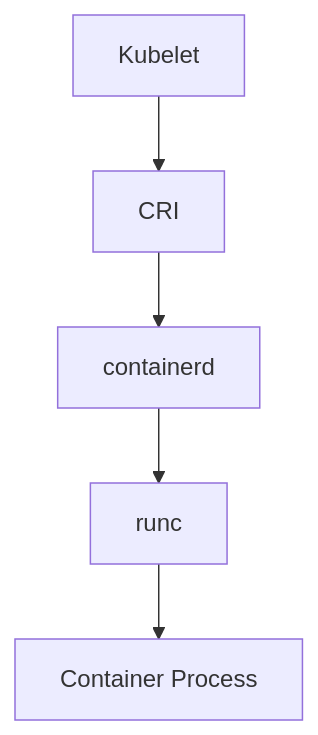
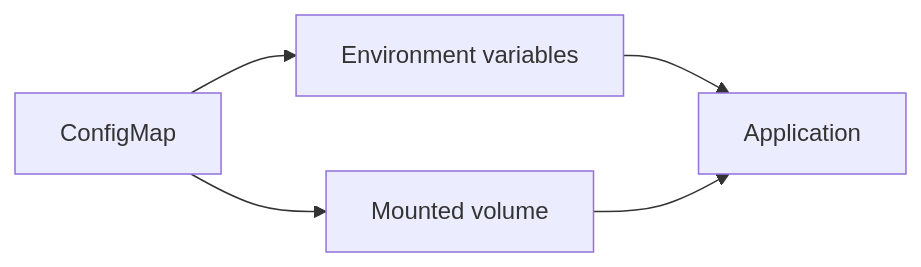
Before and after one commit to hareramcse/SystemDesign: diagram 17 of 24 in 11-cloud-and-kubernetes/README.md, drawn with Mermaid. The commit also changed other lines of this file, not shown here.

````diff
--- a/11-cloud-and-kubernetes/README.md
+++ b/11-cloud-and-kubernetes/README.md
@@ -997,7 +4913,7 @@
 ```mermaid
-flowchart TB
-    Kubelet --> CRI[CRI]
-    CRI --> containerd[containerd]
-    containerd --> runc[runc]
-    runc --> Proc[Container Process]
+flowchart LR
+    CM[ConfigMap] --> Env[Environment variables]
+    CM --> Vol[Mounted volume]
+    Env --> App[Application]
+    Vol --> App
 ```
````
